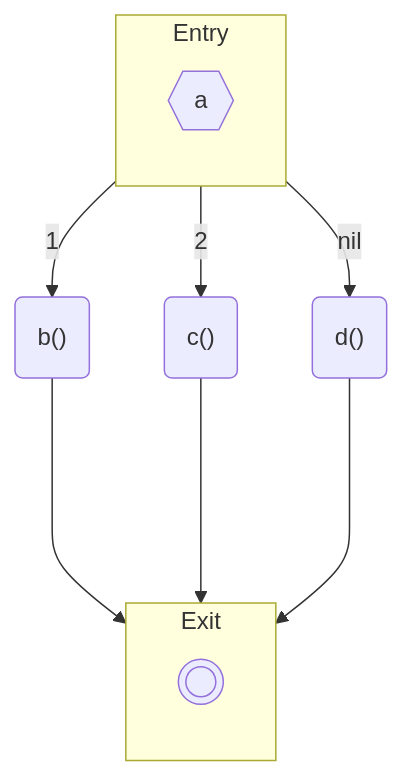
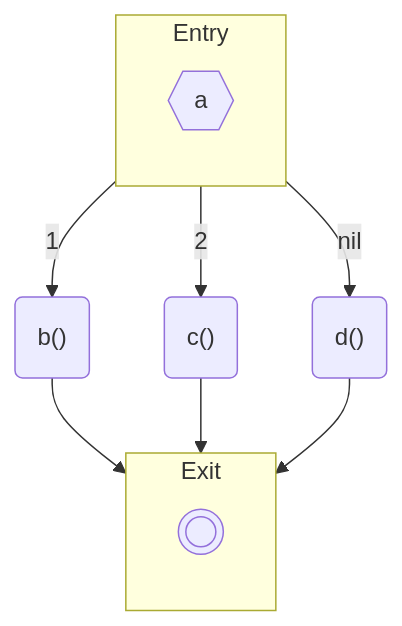
Before and after one commit to moosetechnology/moosetechnology.github.io: the fifth of 18 diagrams in src/content/docs/developers/fast-cfg.mdx, drawn with Mermaid. The commit also changed other lines of this file, not shown here.

Commit message:
Correction des flèches dans les diagrammes de flux pour une meilleure clarté

````diff
--- a/src/content/docs/developers/fast-cfg.mdx
+++ b/src/content/docs/developers/fast-cfg.mdx
@@ -338,25 +338,25 @@
 ```mermaid
 flowchart TD
 	subgraph Entry
 		direction TB
 		1
 	end
 
 	subgraph Exit
 		direction TB
 		5
 	end
 
-	1{{"a "}}
-	2("b() ")
-	3("c() ")
-	4("d() ")
+	1{{"a"}}
+	2("b()")
+	3("c()")
+	4("d()")
 	5(((" ")))
 	1 -- 1 --> 2
 	1 -- 2 --> 3
 	1 -- nil --> 4
-	2 ----> 5
-	3 ----> 5
-	4 ----> 5
+	2 --> 5
+	3 --> 5
+	4 --> 5
 	
 ```
````
